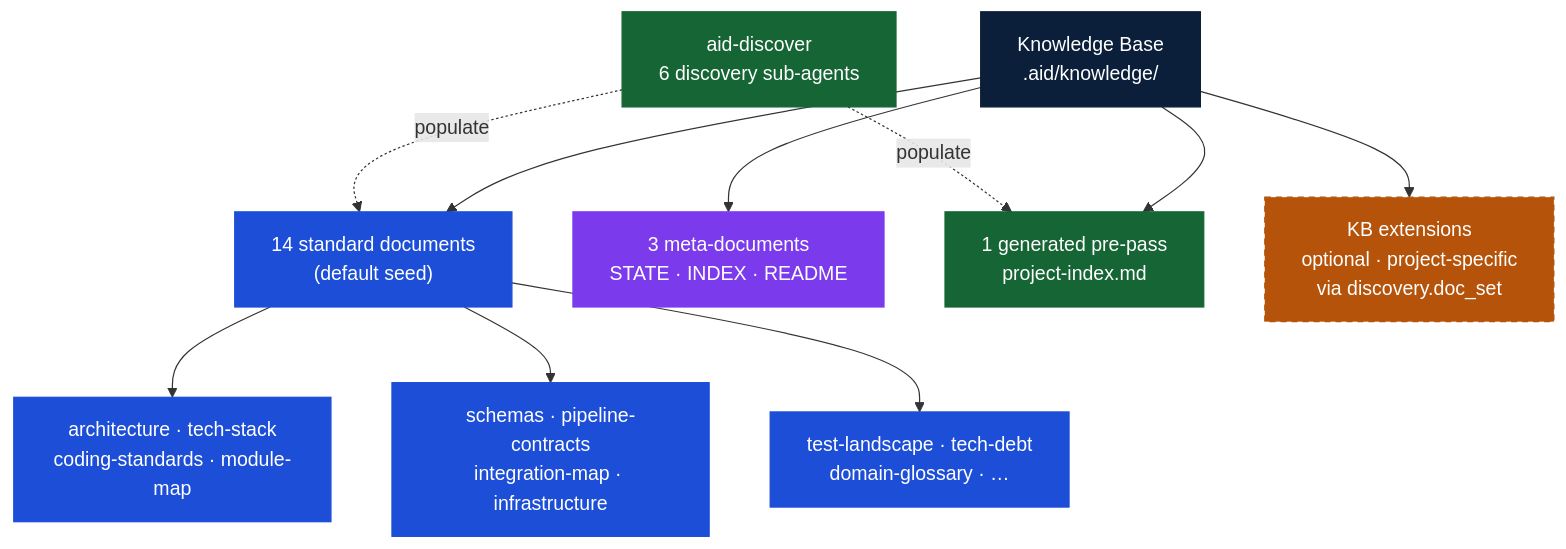
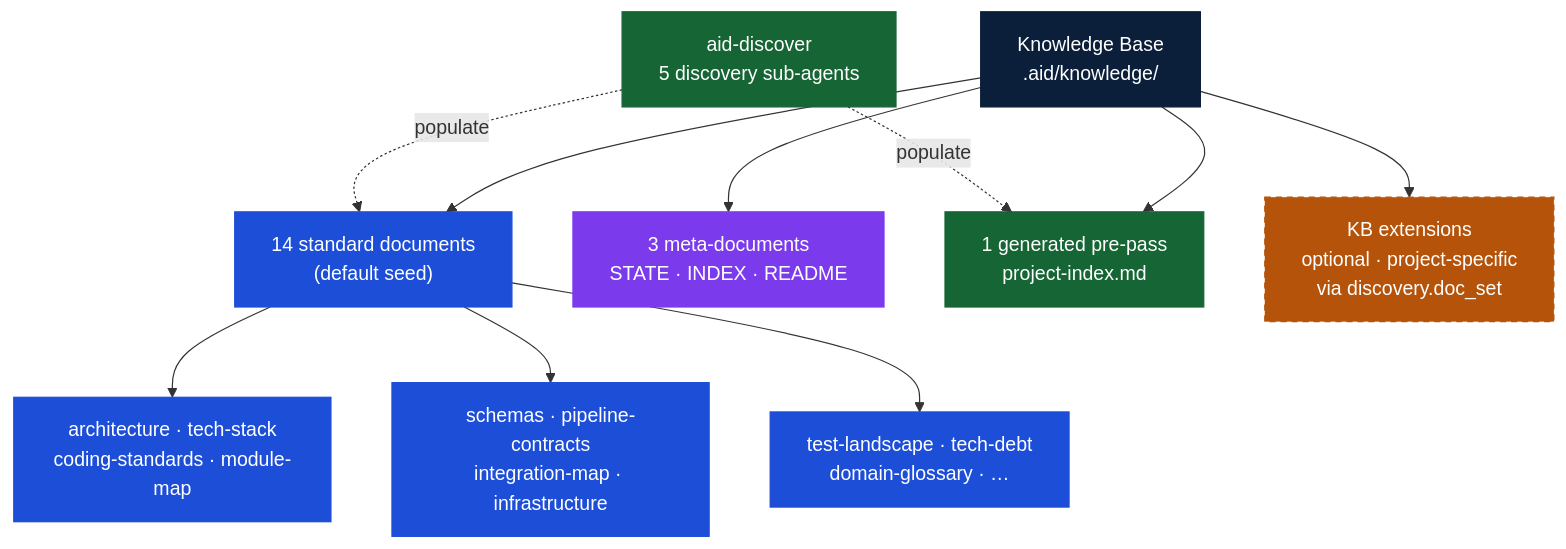
Before and after one commit to AndreVianna/aid-methodology: the second of 7 diagrams in docs/aid-methodology.md, drawn with Mermaid. The commit also changed other lines of this file and 9 other files, not shown here.

````diff
--- a/docs/aid-methodology.md
+++ b/docs/aid-methodology.md
@@ -186,20 +189,20 @@
 ```mermaid
 flowchart TD
     classDef kb   fill:#0B1F3A,stroke:#0B1F3A,color:#ffffff
     classDef std  fill:#1D4ED8,stroke:#1D4ED8,color:#ffffff
     classDef meta fill:#7C3AED,stroke:#7C3AED,color:#ffffff
     classDef gen  fill:#166534,stroke:#166534,color:#ffffff
     classDef ext  fill:#B45309,stroke:#B45309,color:#ffffff,stroke-dasharray:5 4
 
     KB["Knowledge Base<br/>.aid/knowledge/"]:::kb
     KB --> STD["14 standard documents<br/>(default seed)"]:::std
     KB --> META["3 meta-documents<br/>STATE · INDEX · README"]:::meta
     KB --> GEN["1 generated pre-pass<br/>project-index.md"]:::gen
     KB --> EXT["KB extensions<br/>optional · project-specific<br/>via discovery.doc_set"]:::ext
     STD --> S1["architecture · tech-stack<br/>coding-standards · module-map"]:::std
     STD --> S2["schemas · pipeline-contracts<br/>integration-map · infrastructure"]:::std
     STD --> S3["test-landscape · tech-debt<br/>domain-glossary · …"]:::std
-    DISC["aid-discover<br/>6 discovery sub-agents"]:::gen
+    DISC["aid-discover<br/>5 discovery sub-agents"]:::gen
     DISC -. "populate" .-> STD
     DISC -. "populate" .-> GEN
 ```
````
